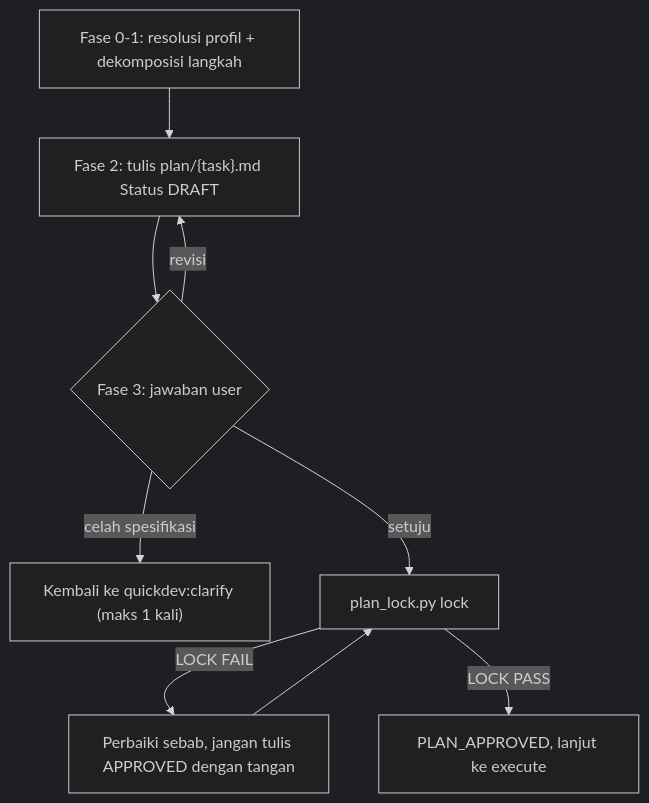
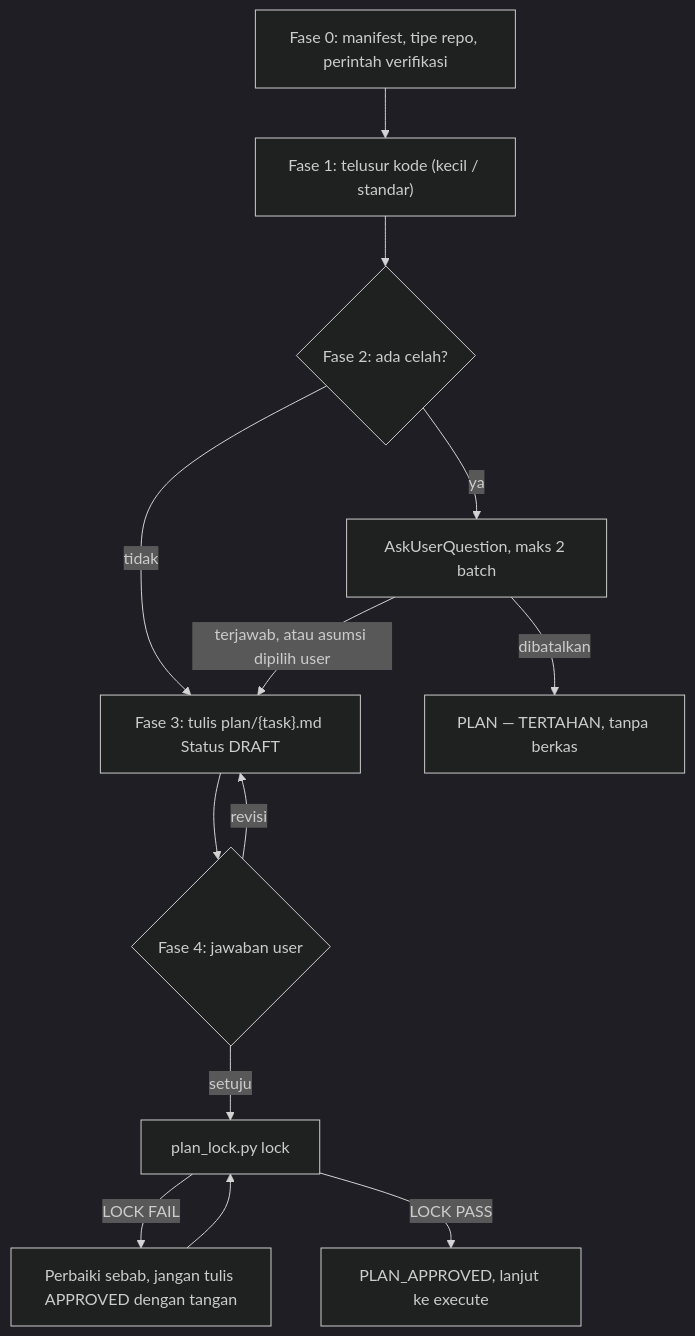
Before and after one commit to nataflow/agentic-workflow: the second of 6 diagrams in flow/quickdev.md, drawn with Mermaid (dark theme). The commit also changed other lines of this file and 29 other files, not shown here.

````diff
--- a/flow/quickdev.md
+++ b/flow/quickdev.md
@@ -184,11 +86,15 @@
 ```mermaid
 flowchart TD
-    P0["Fase 0-1: resolusi profil + dekomposisi langkah"] --> P2["Fase 2: tulis plan/{task}.md Status DRAFT"]
-    P2 --> P3{"Fase 3: jawaban user"}
-    P3 -->|revisi| P2
-    P3 -->|"celah spesifikasi"| CLR["Kembali ke quickdev:clarify (maks 1 kali)"]
-    P3 -->|setuju| LK["plan_lock.py lock"]
+    P0["Fase 0: manifest, tipe repo, perintah verifikasi"] --> P1["Fase 1: telusur kode (kecil / standar)"]
+    P1 --> P2{"Fase 2: ada celah?"}
+    P2 -->|tidak| P3["Fase 3: tulis plan/{task}.md Status DRAFT"]
+    P2 -->|ya| Q["AskUserQuestion, maks 2 batch"]
+    Q -->|"terjawab, atau asumsi dipilih user"| P3
+    Q -->|"dibatalkan"| TH["PLAN — TERTAHAN, tanpa berkas"]
+    P3 --> P4{"Fase 4: jawaban user"}
+    P4 -->|revisi| P3
+    P4 -->|setuju| LK["plan_lock.py lock"]
     LK -->|"LOCK FAIL"| FIX["Perbaiki sebab, jangan tulis APPROVED dengan tangan"]
     FIX --> LK
     LK -->|"LOCK PASS"| OK["PLAN_APPROVED, lanjut ke execute"]
 ```
````
